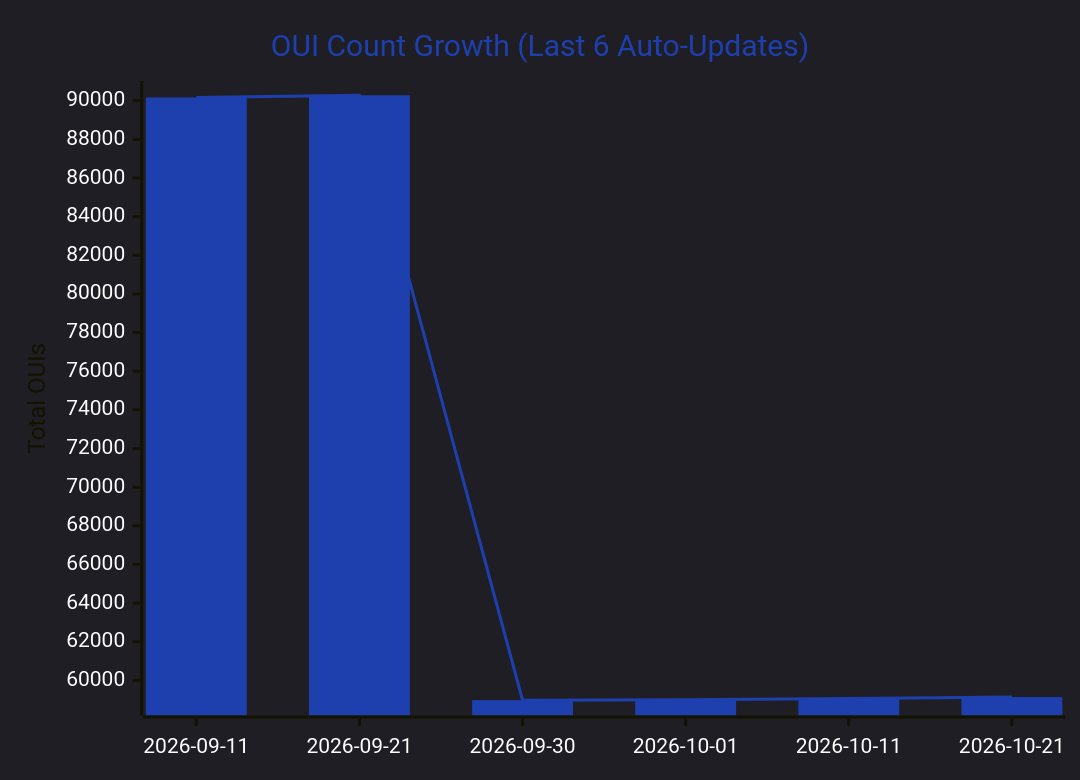
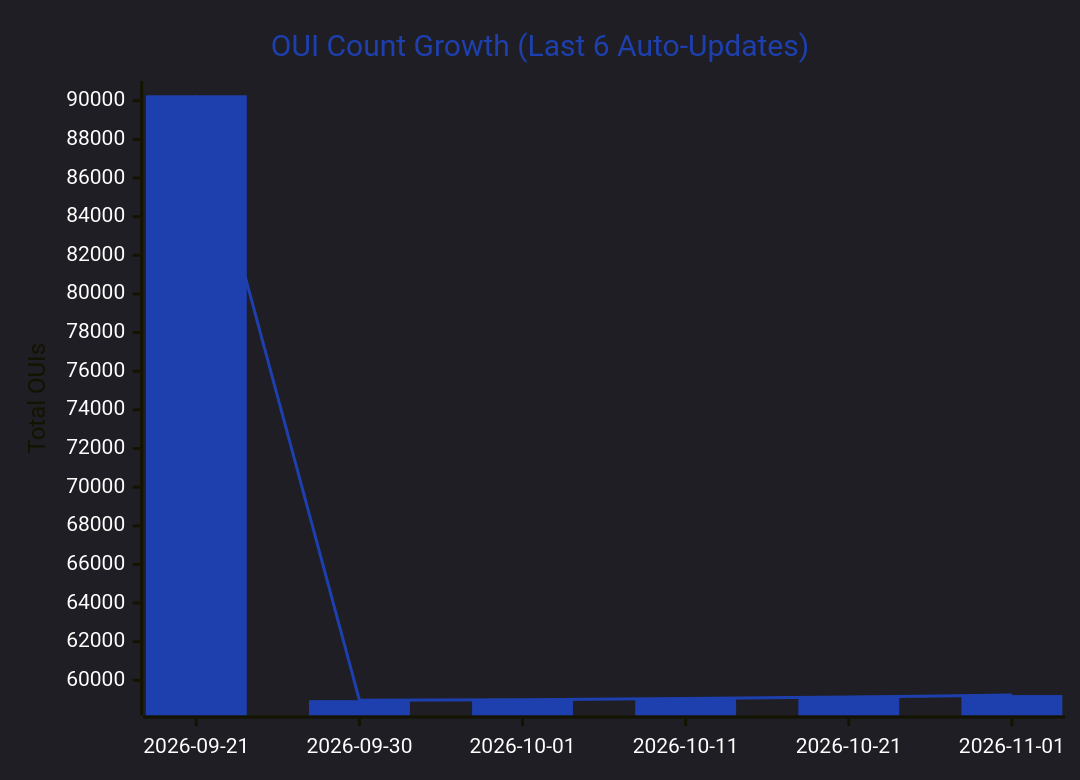
One commit to zqf20096327/dbhub_collect changed the first of 5 diagrams in data/readmes/Ringmast4r__OUI-Master-Database.md. Above: the diagram before and after it, drawn with Mermaid. The commit also changed other lines of this file and 816 other files, not shown here.

````diff
--- a/data/readmes/Ringmast4r__OUI-Master-Database.md
+++ b/data/readmes/Ringmast4r__OUI-Master-Database.md
@@ -75,9 +75,9 @@
 ```mermaid
 %%{init: {'theme':'dark', 'themeVariables': {'xyChart': {'backgroundColor':'#00000000','plotColorPalette':'#1E40AF','titleColor':'#1E40AF','xAxisLabelColor':'#ffffff','yAxisLabelColor':'#ffffff'}}}}%%
 xychart-beta
     title "OUI Count Growth (Last 6 Auto-Updates)"
-    x-axis ["2026-09-11", "2026-09-21", "2026-09-30", "2026-10-01", "2026-10-11", "2026-10-21"]
+    x-axis ["2026-09-21", "2026-09-30", "2026-10-01", "2026-10-11", "2026-10-21", "2026-11-01"]
     y-axis "Total OUIs" 58800 --> 90400
-    bar [90168, 90281, 58972, 58997, 59065, 59134]
-    line [90168, 90281, 58972, 58997, 59065, 59134]
+    bar [90281, 58972, 58997, 59065, 59134, 59237]
+    line [90281, 58972, 58997, 59065, 59134, 59237]
 ```
````
